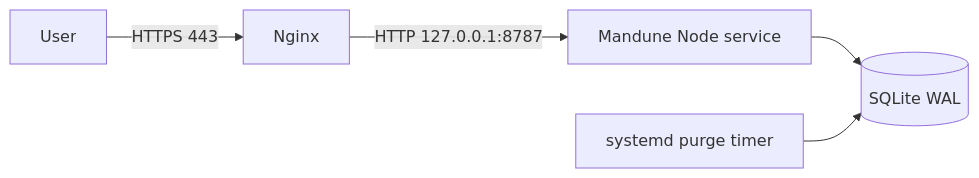
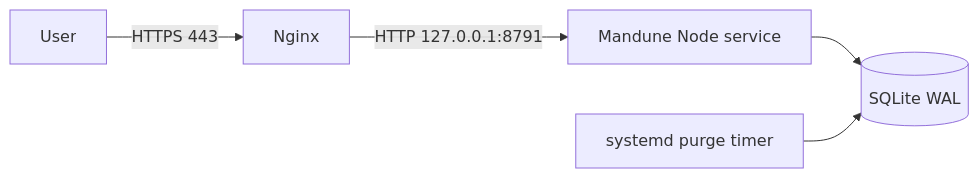
The diagram in docs/deployment.md (FinLens-team/Mandune), drawn with Mermaid before and after one commit. The commit also changed other lines of this file and 23 other files, not shown here.

````diff
--- a/docs/deployment.md
+++ b/docs/deployment.md
@@ -5,7 +5,7 @@
 ```mermaid
 flowchart LR
   User -->|HTTPS 443| Nginx
-  Nginx -->|HTTP 127.0.0.1:8787| Node[Mandune Node service]
+  Nginx -->|HTTP 127.0.0.1:8791| Node[Mandune Node service]
   Node --> SQLite[(SQLite WAL)]
   Timer[systemd purge timer] --> SQLite
 ```
````
